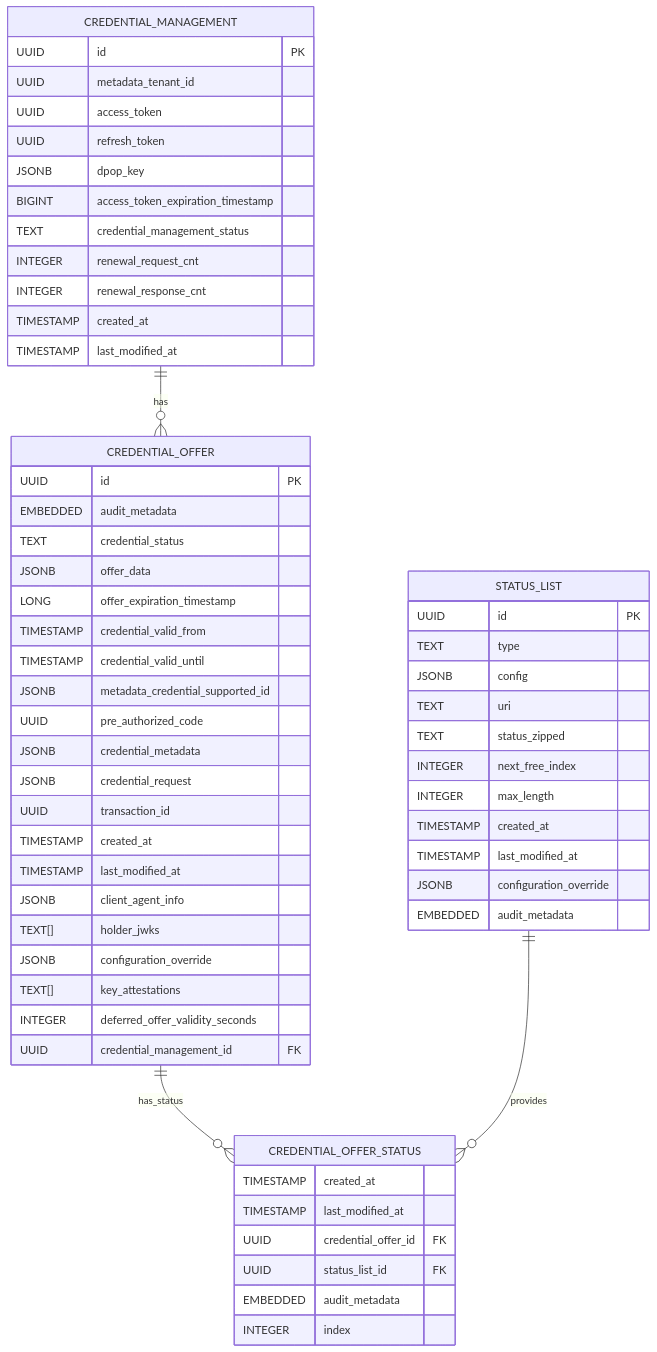
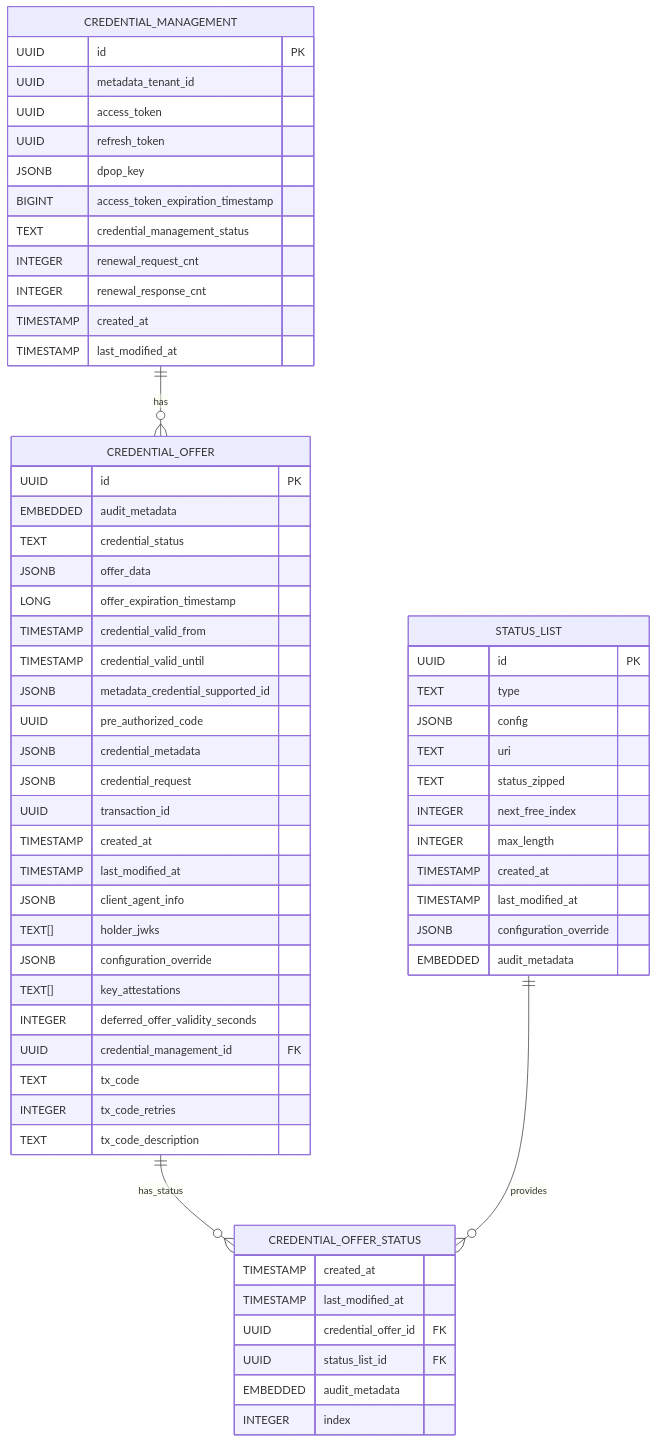
One commit to swiyu-admin-ch/swiyu-issuer changed the third of 6 diagrams in README.md. Above: the diagram before and after it, drawn with Mermaid. The commit also changed 31 other files, not shown here.

````diff
--- a/README.md
+++ b/README.md
@@ -650,66 +650,69 @@
 ```mermaid
 erDiagram
     CREDENTIAL_MANAGEMENT {
         UUID id PK
         UUID metadata_tenant_id
         UUID access_token
         UUID refresh_token
         JSONB dpop_key
         BIGINT access_token_expiration_timestamp
         TEXT credential_management_status
         INTEGER renewal_request_cnt
         INTEGER renewal_response_cnt
         TIMESTAMP created_at
         TIMESTAMP last_modified_at
     }
 
     CREDENTIAL_OFFER {
         UUID id PK
         EMBEDDED audit_metadata
         TEXT credential_status
         JSONB offer_data
         LONG offer_expiration_timestamp
         TIMESTAMP credential_valid_from
         TIMESTAMP credential_valid_until
         JSONB metadata_credential_supported_id
         UUID pre_authorized_code
         JSONB credential_metadata
         JSONB credential_request
         UUID transaction_id
         TIMESTAMP created_at
         TIMESTAMP last_modified_at
         JSONB client_agent_info
         TEXT[] holder_jwks
         JSONB configuration_override
         TEXT[] key_attestations
         INTEGER deferred_offer_validity_seconds
         UUID credential_management_id FK
+        TEXT tx_code
+        INTEGER tx_code_retries
+        TEXT tx_code_description
     }
 
     CREDENTIAL_OFFER_STATUS {
         TIMESTAMP created_at
         TIMESTAMP last_modified_at
         UUID credential_offer_id FK
         UUID status_list_id FK
         EMBEDDED audit_metadata
         INTEGER index
     }
 
     STATUS_LIST {
         UUID id PK
         TEXT type
         JSONB config
         TEXT uri
         TEXT status_zipped
         INTEGER next_free_index
         INTEGER max_length
         TIMESTAMP created_at
         TIMESTAMP last_modified_at
         JSONB configuration_override
         EMBEDDED audit_metadata
     }
 
     CREDENTIAL_MANAGEMENT ||--o{ CREDENTIAL_OFFER : "has"
     CREDENTIAL_OFFER ||--o{ CREDENTIAL_OFFER_STATUS : "has_status"
     STATUS_LIST ||--o{ CREDENTIAL_OFFER_STATUS : "provides"
 ```
````
